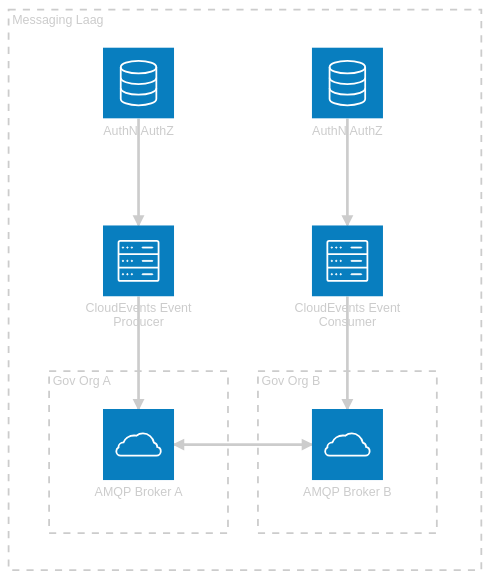
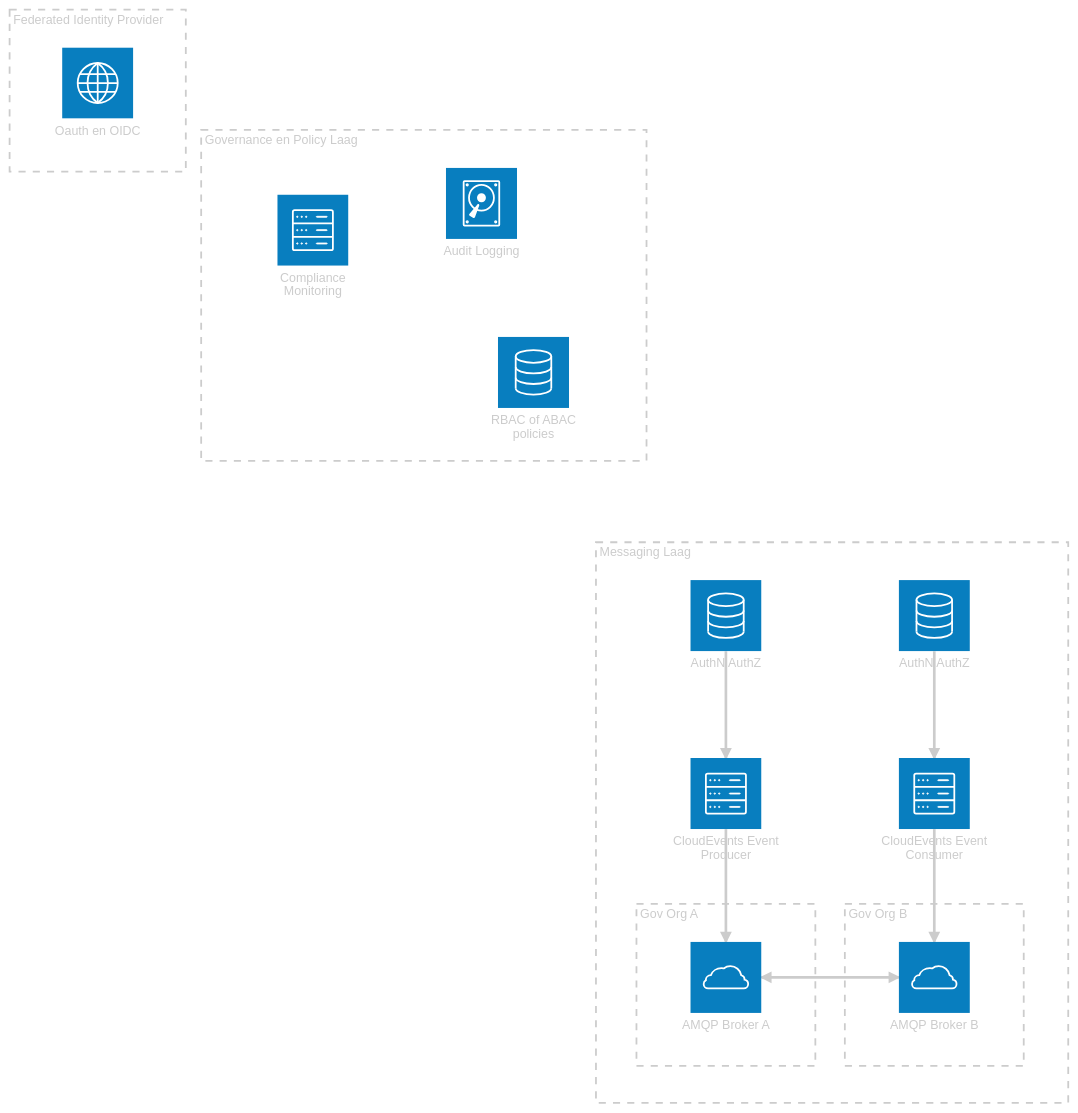
The diagram in media/messaging_laag.md (Logius-standaarden/Abonneren), drawn with Mermaid before and after one commit.

Commit message:
Toevoegen gov en id groepen

````diff
--- a/media/messaging_laag.md
+++ b/media/messaging_laag.md
@@ -1,27 +1,34 @@
 ```mermaid
 ---
 config:
   theme: neo-dark
   architecture-beta:
     htmlLabels: false
 ---
 architecture-beta
     group not[Messaging Laag]
     group gova[Gov Org A] in not
     group govb[Gov Org B] in not
 
+    group gov[Governance en Policy Laag]
+    group id[Federated Identity Provider]
+
     service s1(cloud)[AMQP Broker A] in gova
     service s2(cloud)[AMQP Broker B] in govb
-
     service ce1(server)[CloudEvents Event Producer] in not
     service ce2(server)[CloudEvents Event Consumer] in not
-
     service a1(database)[AuthN AuthZ] in not
     service a2(database)[AuthN AuthZ] in not
+
+    service g1(database)[RBAC of ABAC policies] in gov
+    service g2(disk)[Audit Logging] in gov
+    service g3(server)[Compliance Monitoring] in gov
+
+    service i1(internet)[Oauth en OIDC] in id
 
     s1:R <--> L:s2
     ce1:B --> T:s1
     ce2:B --> T:s2
     a1:B --> T:ce1
     a2:B --> T:ce2
 ```
````
